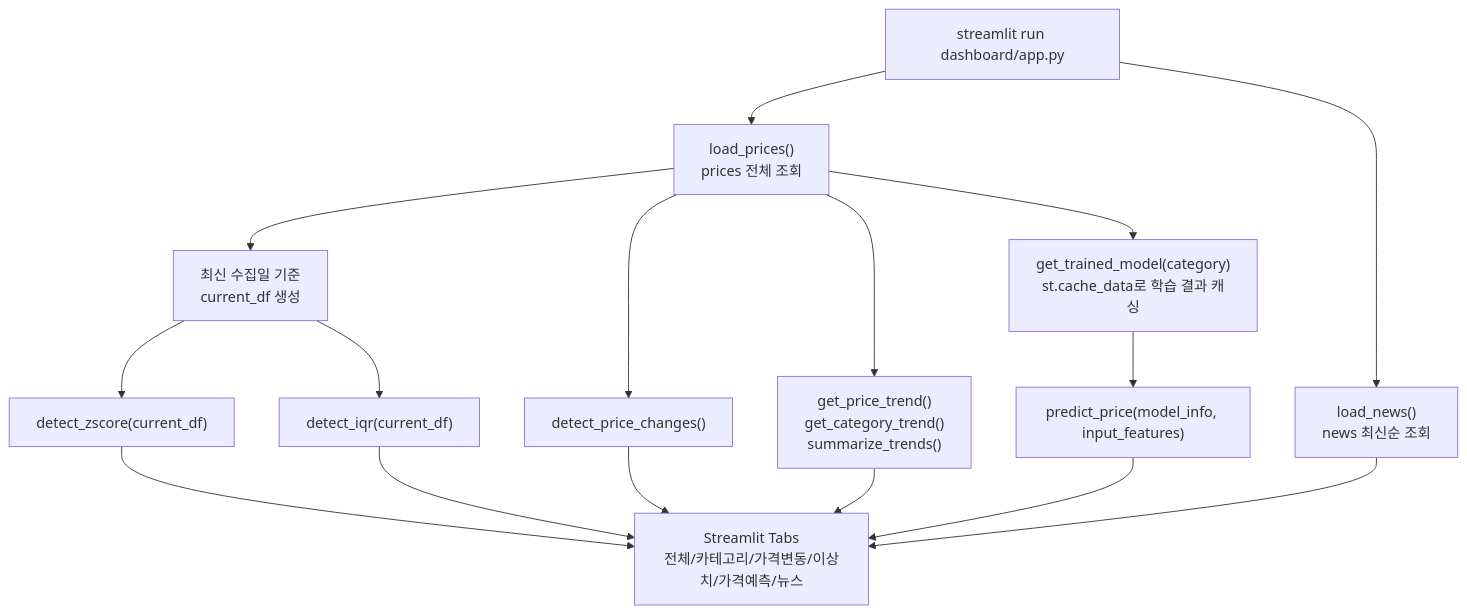
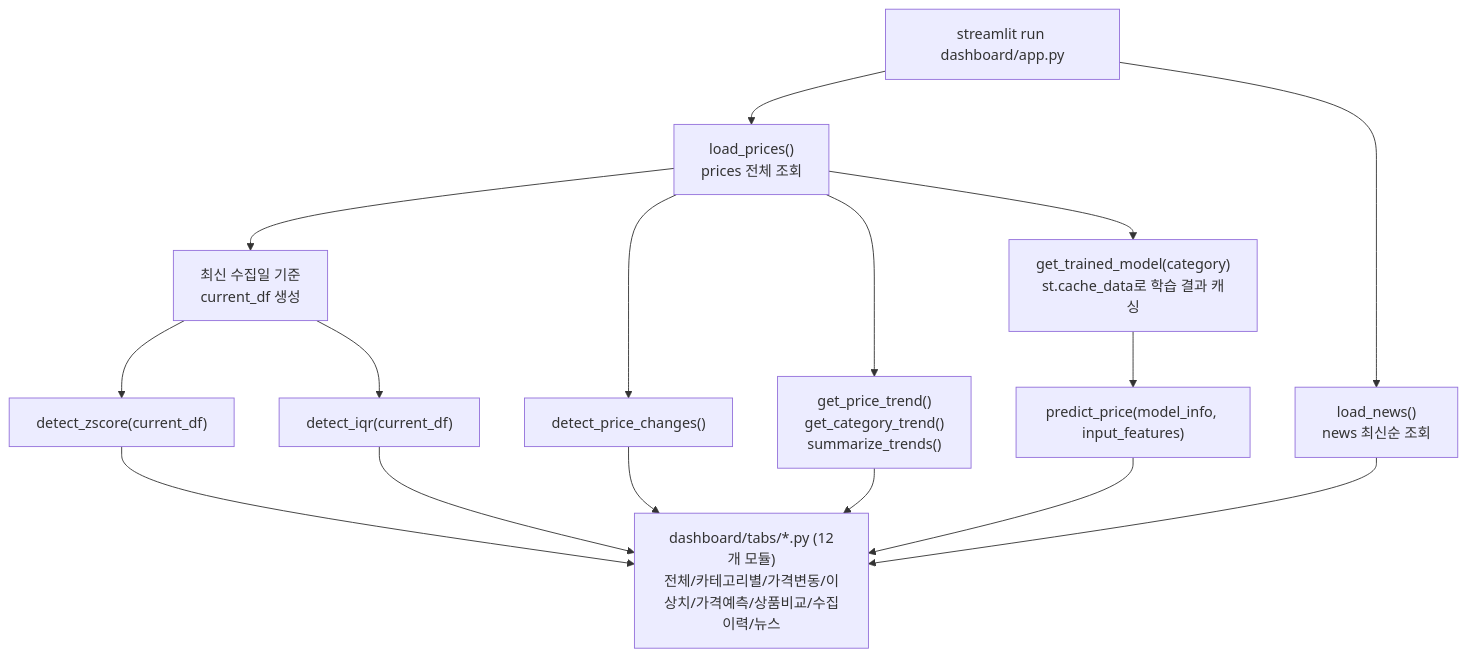
The third of 6 diagrams in screenshots/ARCHITECTURE.md (kwsahe/market-pulse), drawn with Mermaid before and after one commit. The commit also changed other lines of this file and 10 other files, not shown here.

First line of the commit message:
feat: CI 워크플로 추가 + 아키텍처 다이어그램 개선 + 대표 로고 제작/적용

````diff
--- a/screenshots/ARCHITECTURE.md
+++ b/screenshots/ARCHITECTURE.md
@@ -111,30 +128,30 @@
 ```mermaid
 flowchart TD
     Run["streamlit run dashboard/app.py"]
     LoadPrices["load_prices()<br/>prices 전체 조회"]
     LoadNews["load_news()<br/>news 최신순 조회"]
     Latest["최신 수집일 기준<br/>current_df 생성"]
 
     ZScore["detect_zscore(current_df)"]
     IQR["detect_iqr(current_df)"]
     Change["detect_price_changes()"]
     Trend["get_price_trend()<br/>get_category_trend()<br/>summarize_trends()"]
     Model["get_trained_model(category)<br/>st.cache_data로 학습 결과 캐싱"]
     Predict["predict_price(model_info, input_features)"]
 
-    Tabs["Streamlit Tabs<br/>전체/카테고리/가격변동/이상치/가격예측/뉴스"]
+    Tabs["dashboard/tabs/*.py (12개 모듈)<br/>전체/카테고리별/가격변동/이상치/가격예측/상품비교/수집이력/뉴스"]
 
     Run --> LoadPrices --> Latest
     Run --> LoadNews
     Latest --> ZScore
     Latest --> IQR
     LoadPrices --> Change
     LoadPrices --> Trend
     LoadPrices --> Model --> Predict
     ZScore --> Tabs
     IQR --> Tabs
     Change --> Tabs
     Trend --> Tabs
     Predict --> Tabs
     LoadNews --> Tabs
 ```
````
